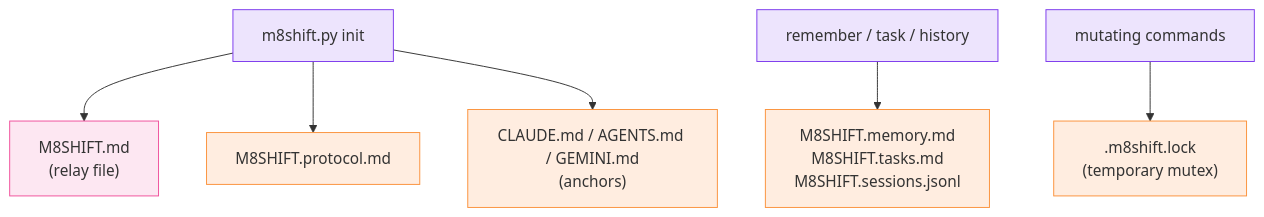
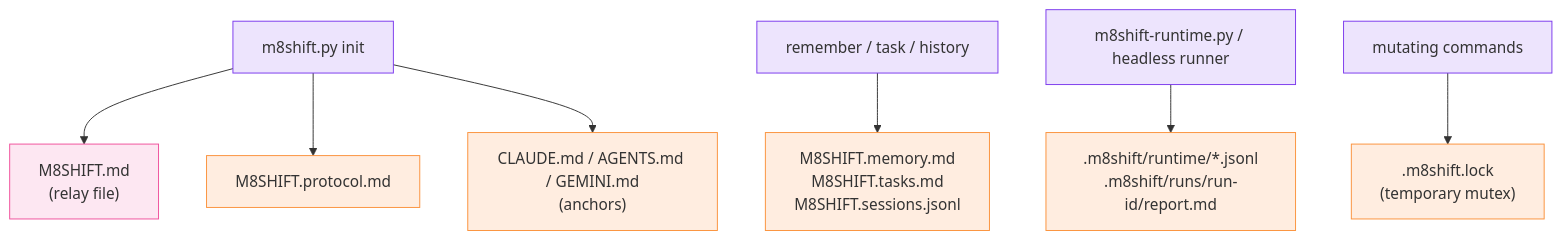
The diagram in docs/reference/generated-files.md (M8Shift/m8shift.github.io), drawn with Mermaid before and after one commit. The commit also changed other lines of this file and 11 other files, not shown here.

````diff
--- a/docs/reference/generated-files.md
+++ b/docs/reference/generated-files.md
@@ -7,15 +7,16 @@
 ```mermaid
 flowchart TD
     INIT["m8shift.py init"] --> RELAY["M8SHIFT.md<br/>(relay file)"]
     INIT --> PROTO["M8SHIFT.protocol.md"]
     INIT --> ANCH["CLAUDE.md / AGENTS.md / GEMINI.md<br/>(anchors)"]
     CMD["remember / task / history"] --> LEDGER["M8SHIFT.memory.md<br/>M8SHIFT.tasks.md<br/>M8SHIFT.sessions.jsonl"]
+    RT["m8shift-runtime.py / headless runner"] --> RUNTIME[".m8shift/runtime/*.jsonl<br/>.m8shift/runs/run-id/report.md"]
     MUT["mutating commands"] --> LOCK[".m8shift.lock<br/>(temporary mutex)"]
 
     classDef agent fill:#7c3aed22,stroke:#7c3aed;
     classDef pen fill:#f0509c22,stroke:#f0509c;
     classDef store fill:#ff7a1822,stroke:#fb923c;
-    class INIT,CMD,MUT agent
+    class INIT,CMD,MUT,RT agent
     class RELAY pen
-    class PROTO,ANCH,LOCK,LEDGER store
+    class PROTO,ANCH,LOCK,LEDGER,RUNTIME store
 ```
````
